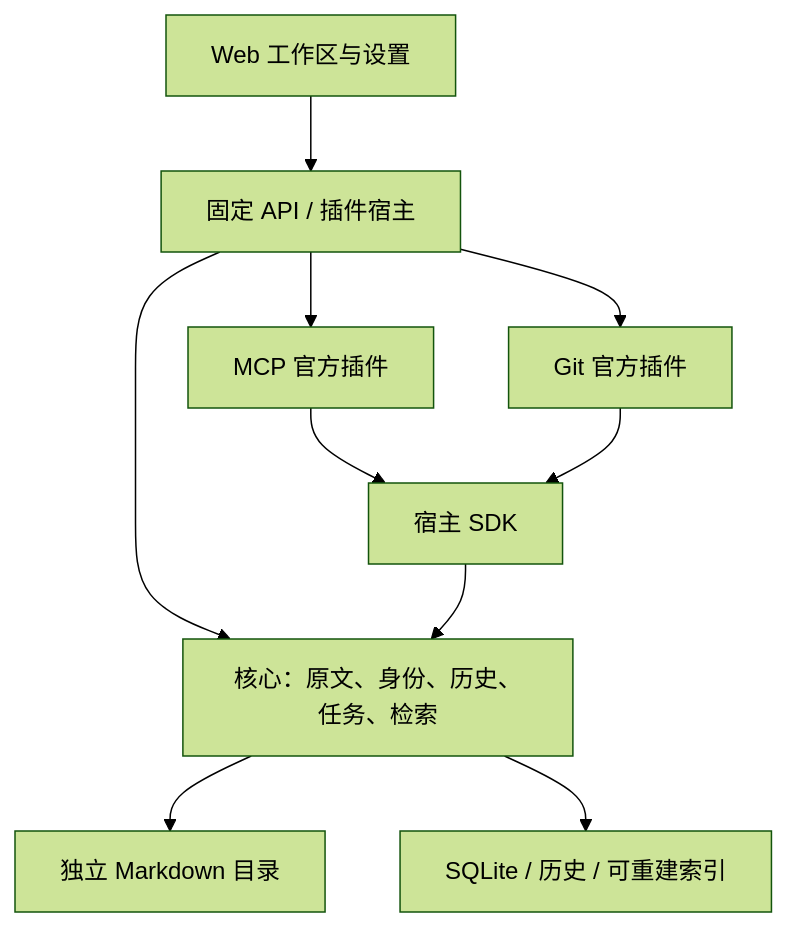
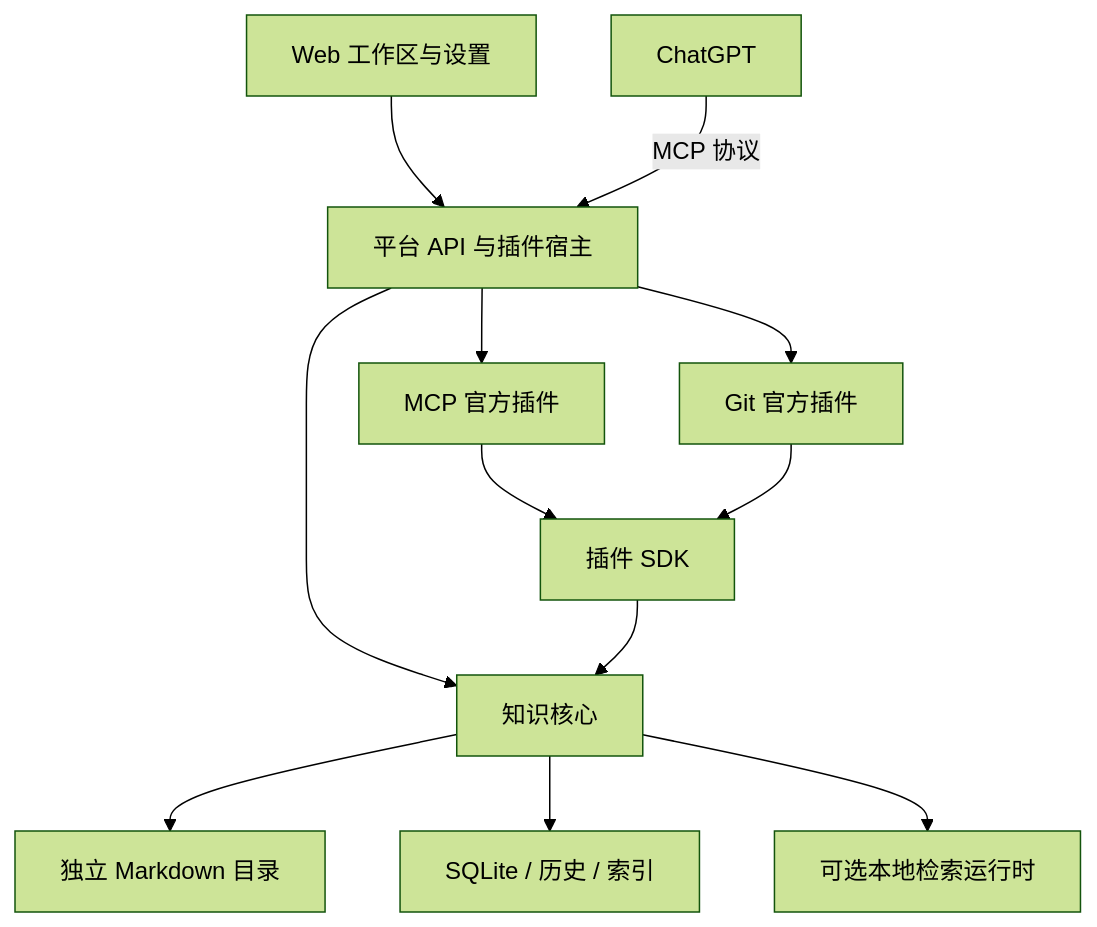
Before and after one commit to bandoo-2001/doo-know: the diagram in README.md, drawn with Mermaid (forest theme). The commit also changed other lines of this file, not shown here.

````diff
--- a/README.md
+++ b/README.md
@@ -60,12 +134,14 @@
 ```mermaid
 flowchart TB
-  UI[Web 工作区与设置] --> Host[固定 API / 插件宿主]
-  Host --> Core[核心：原文、身份、历史、任务、检索]
+  Web[Web 工作区与设置] --> Host[平台 API 与插件宿主]
+  ChatGPT[ChatGPT] -->|MCP 协议| Host
   Host --> MCP[MCP 官方插件]
   Host --> Git[Git 官方插件]
-  MCP --> SDK[宿主 SDK]
+  Host --> Core[知识核心]
+  MCP --> SDK[插件 SDK]
   Git --> SDK
   SDK --> Core
-  Core --> Raw[独立 Markdown 目录]
-  Core --> Data[SQLite / 历史 / 可重建索引]
+  Core --> Markdown[独立 Markdown 目录]
+  Core --> Data[SQLite / 历史 / 索引]
+  Core --> Search[可选本地检索运行时]
 ```
````
